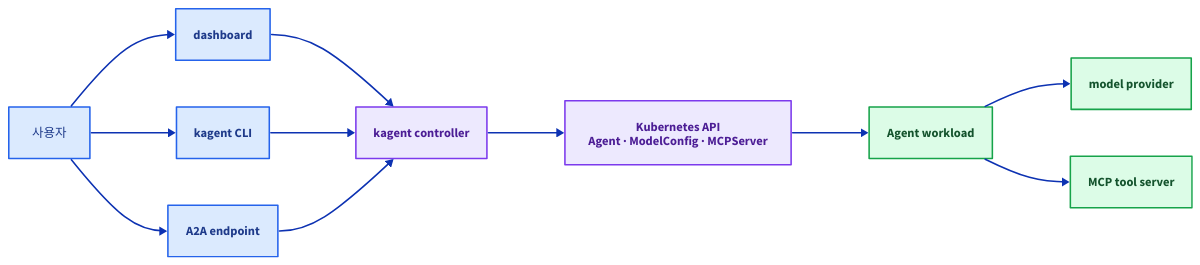
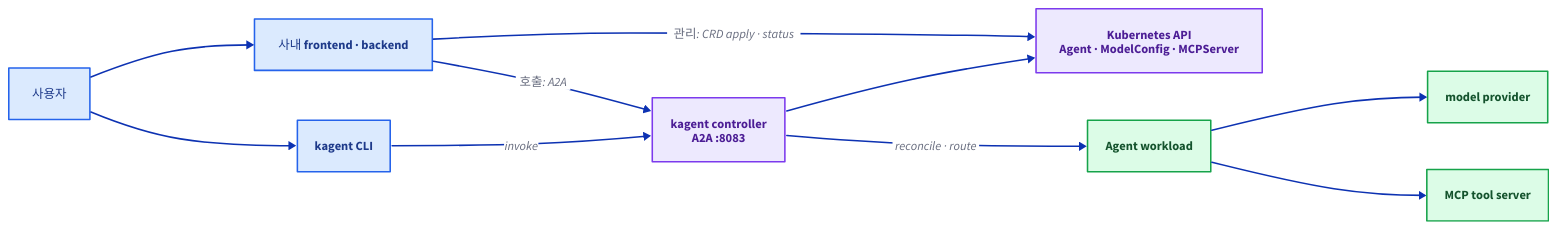
The diagram in src/content/docs/kagent-lab/00-lab-map.mdx (mechurak/study-starlight), drawn with D2 before and after one commit. The commit also changed other lines of this file and 24 other files, not shown here.

Commit message:
Expand kagent lab with backend and Substrate exercises

````diff
--- a/src/content/docs/kagent-lab/00-lab-map.mdx
+++ b/src/content/docs/kagent-lab/00-lab-map.mdx
@@ -24,66 +25,62 @@
-```d2 layout=elk title="dashboard·CLI·A2A 세 입구가 같은 kagent controller를 거쳐 Kubernetes API의 Agent·ModelConfig·MCPServer를 읽고, Agent workload가 model provider와 MCP tool server에 닿는 구조"
+```d2 layout=elk title="backend의 관리 요청은 Kubernetes API로, 호출 요청은 kagent controller의 A2A route로 들어가며 controller가 Agent workload를 조정하는 두 경로"
 direction: right
 
 classes: {
   key: {
     style: {
       fill: "#dbeafe"
       stroke: "#2563eb"
       font-color: "#1e3a8a"
     }
   }
   zone: {
     style: {
       fill: "#ede9fe"
       stroke: "#7c3aed"
       font-color: "#4c1d95"
     }
   }
   ok: {
     style: {
       fill: "#dcfce7"
       stroke: "#16a34a"
       font-color: "#14532d"
     }
   }
 }
 
 user: "사용자" {
   class: key
 }
-ui: "dashboard" {
+portal: "사내 frontend · backend" {
   class: key
 }
 cli: "kagent CLI" {
   class: key
 }
-a2a: "A2A endpoint" {
-  class: key
-}
-ctrl: "kagent controller" {
+ctrl: "kagent controller\nA2A :8083" {
   class: zone
 }
 api: "Kubernetes API\nAgent · ModelConfig · MCPServer" {
   class: zone
 }
 pod: "Agent workload" {
   class: ok
 }
 model: "model provider" {
   class: ok
 }
 tool: "MCP tool server" {
   class: ok
 }
 
-user -> ui
+user -> portal
 user -> cli
-user -> a2a
-ui -> ctrl
-cli -> ctrl
-a2a -> ctrl
+portal -> api: "관리: CRD apply · status"
+portal -> ctrl: "호출: A2A"
+cli -> ctrl: "invoke"
 ctrl -> api
-api -> pod
+ctrl -> pod: "reconcile · route"
 pod -> model
 pod -> tool
 ```
````
